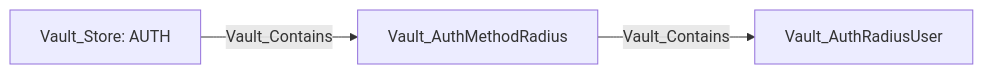
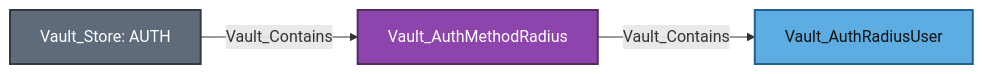
Diagram 19 of 28 in Documentation/stores/AUTH.md (bytewreck/opengraph-vault), drawn with Mermaid before and after one commit. The commit also changed other lines of this file and 4 other files, not shown here.

````diff
--- a/Documentation/stores/AUTH.md
+++ b/Documentation/stores/AUTH.md
@@ -1135,5 +1144,9 @@
 ```mermaid
 flowchart LR
-    store[Vault_Store: AUTH] -->|Vault_Contains| method[Vault_AuthMethodRadius]
-    method -->|Vault_Contains| user[Vault_AuthRadiusUser]
+    store[Vault_Store: AUTH]:::storeNode -->|Vault_Contains| method[Vault_AuthMethodRadius]:::authMethodNode
+    method -->|Vault_Contains| user[Vault_AuthRadiusUser]:::authUserNode
+
+    classDef storeNode fill:#5F6B7A,color:#fff,stroke:#343A40,stroke-width:2px
+    classDef authMethodNode fill:#8E44AD,color:#fff,stroke:#512E5F,stroke-width:2px
+    classDef authUserNode fill:#5DADE2,color:#111,stroke:#21618C,stroke-width:2px
 ```
````
